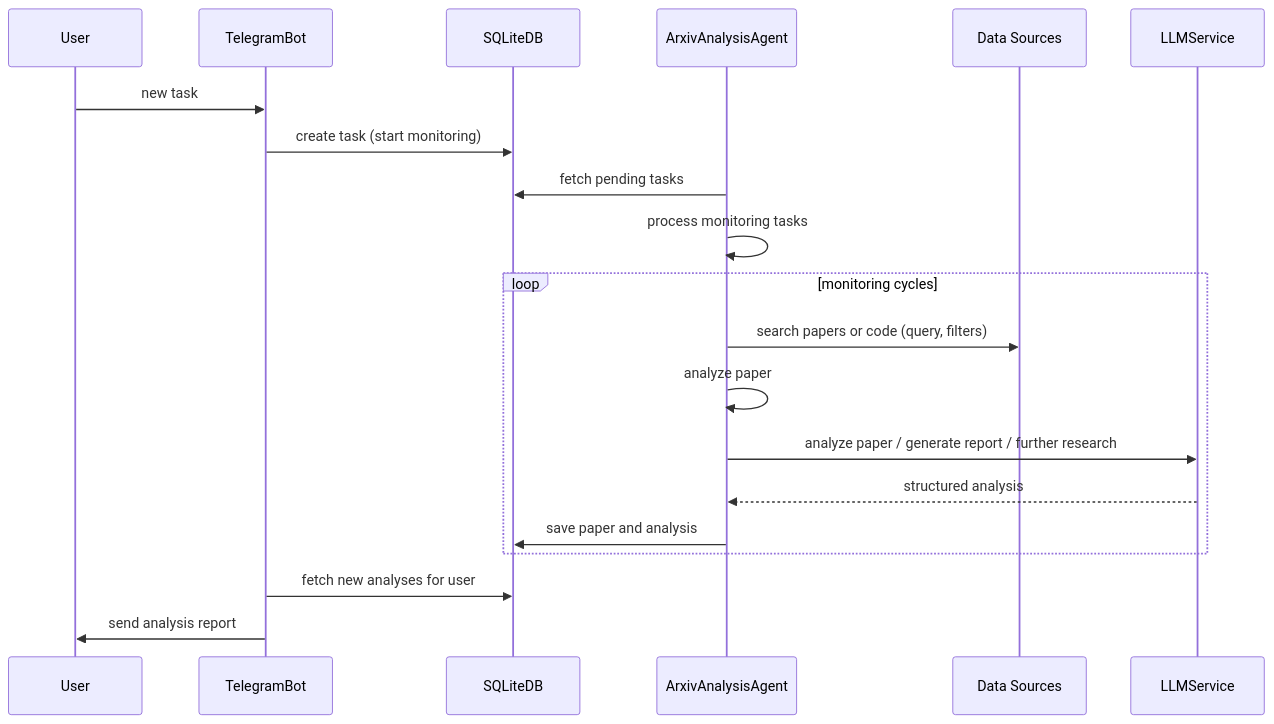
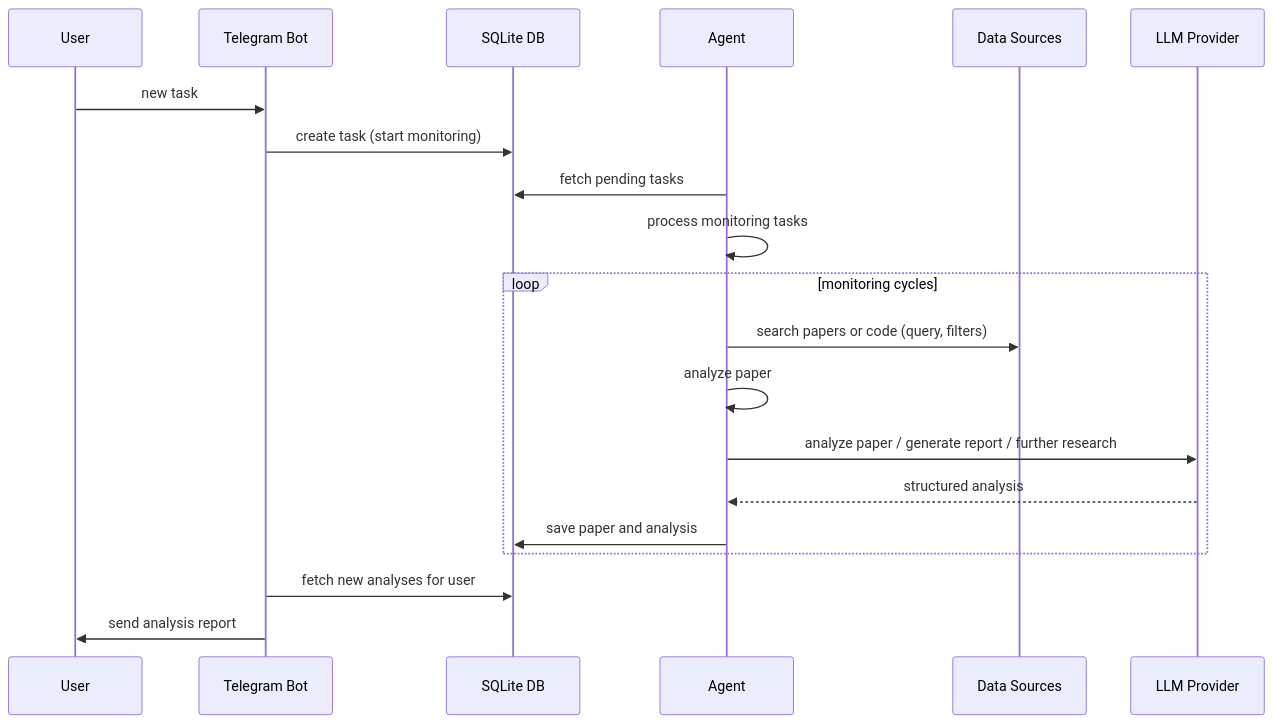
One commit to fresh-milkshake/searcher-agent changed the diagram in README.md. Above: the diagram before and after it, drawn with Mermaid.

Commit message:
docs: fixed typos

````diff
--- a/README.md
+++ b/README.md
@@ -47,23 +47,23 @@
 ```mermaid
 sequenceDiagram
   participant U as User
-  participant B as TelegramBot
-  participant DB as SQLiteDB
-  participant AG as ArxivAnalysisAgent
+  participant B as Telegram Bot
+  participant DB as SQLite DB
+  participant AG as Agent
   participant AX as Data Sources
-  participant LLM as LLMService
+  participant LLM as LLM Provider
 
   U->>B: new task
   B->>DB: create task (start monitoring)
   AG->>DB: fetch pending tasks
   AG->>AG: process monitoring tasks
   loop monitoring cycles
     AG->>AX: search papers or code (query, filters)
     AG->>AG: analyze paper
     AG->>LLM: analyze paper / generate report / further research
     LLM-->>AG: structured analysis
     AG->>DB: save paper and analysis
   end
   B->>DB: fetch new analyses for user
   B->>U: send analysis report
 ```
````
